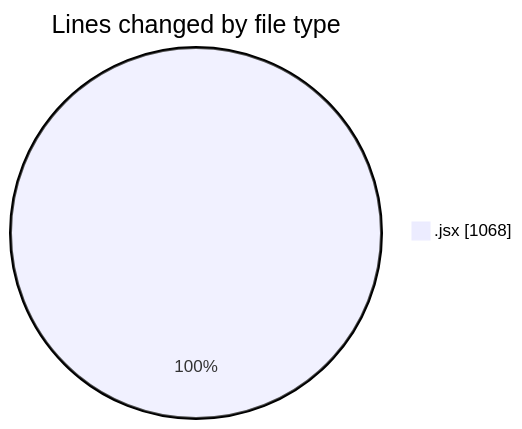
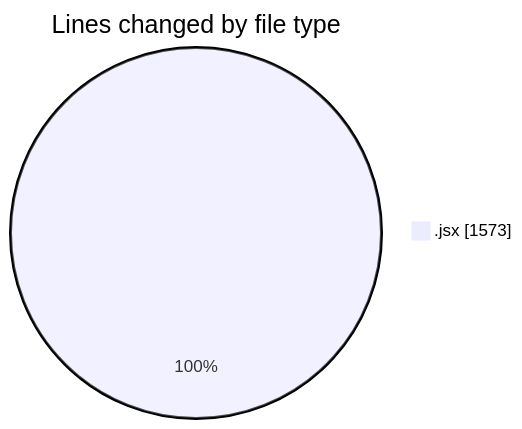
One commit to nxtqubesakshisongat/code-tracking changed the first of 2 diagrams in 2025-08-01/nxtqube_webapp/README.md. Above: the diagram before and after it, drawn with Mermaid. The commit also changed other lines of this file and 1 other file, not shown here.

````diff
--- a/2025-08-01/nxtqube_webapp/README.md
+++ b/2025-08-01/nxtqube_webapp/README.md
@@ -23,5 +24,5 @@
 ```mermaid
 pie showData
 title Lines changed by file type
-".jsx" : 1068
+".jsx" : 1573
 ```
````
